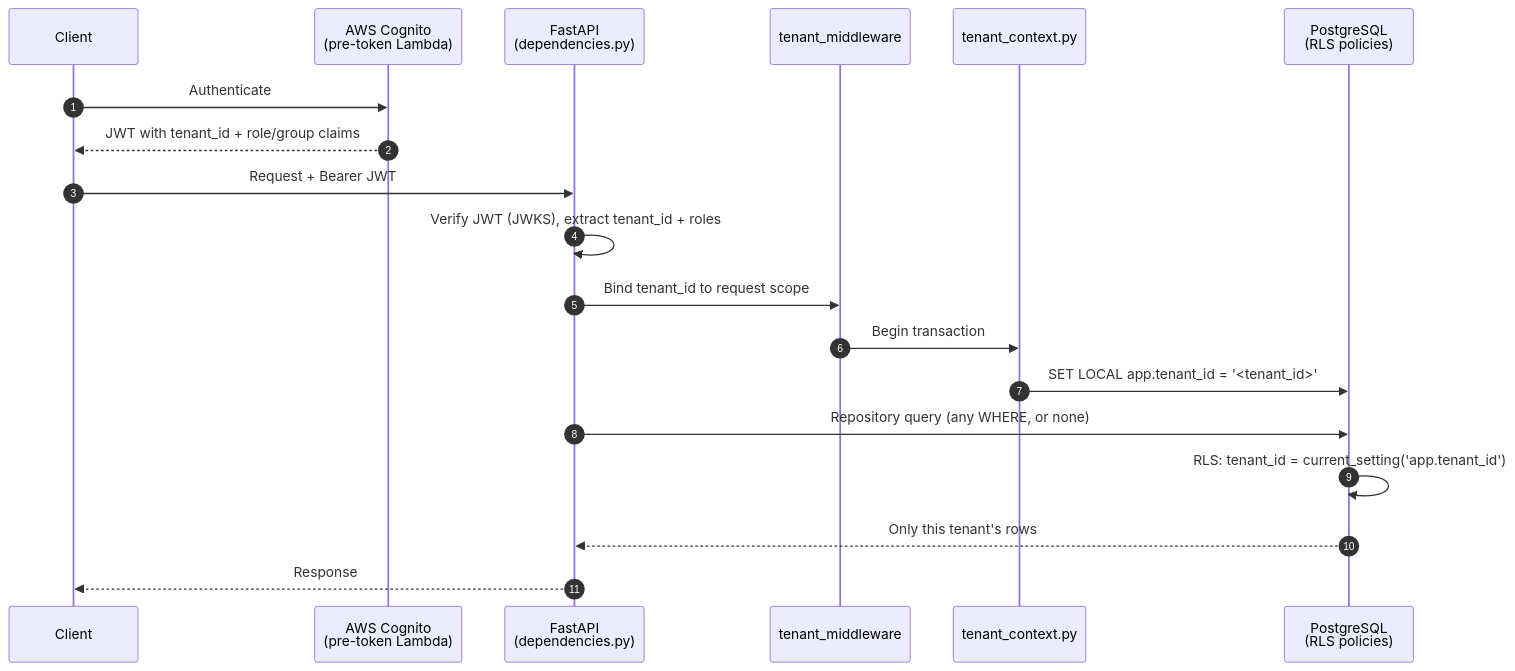
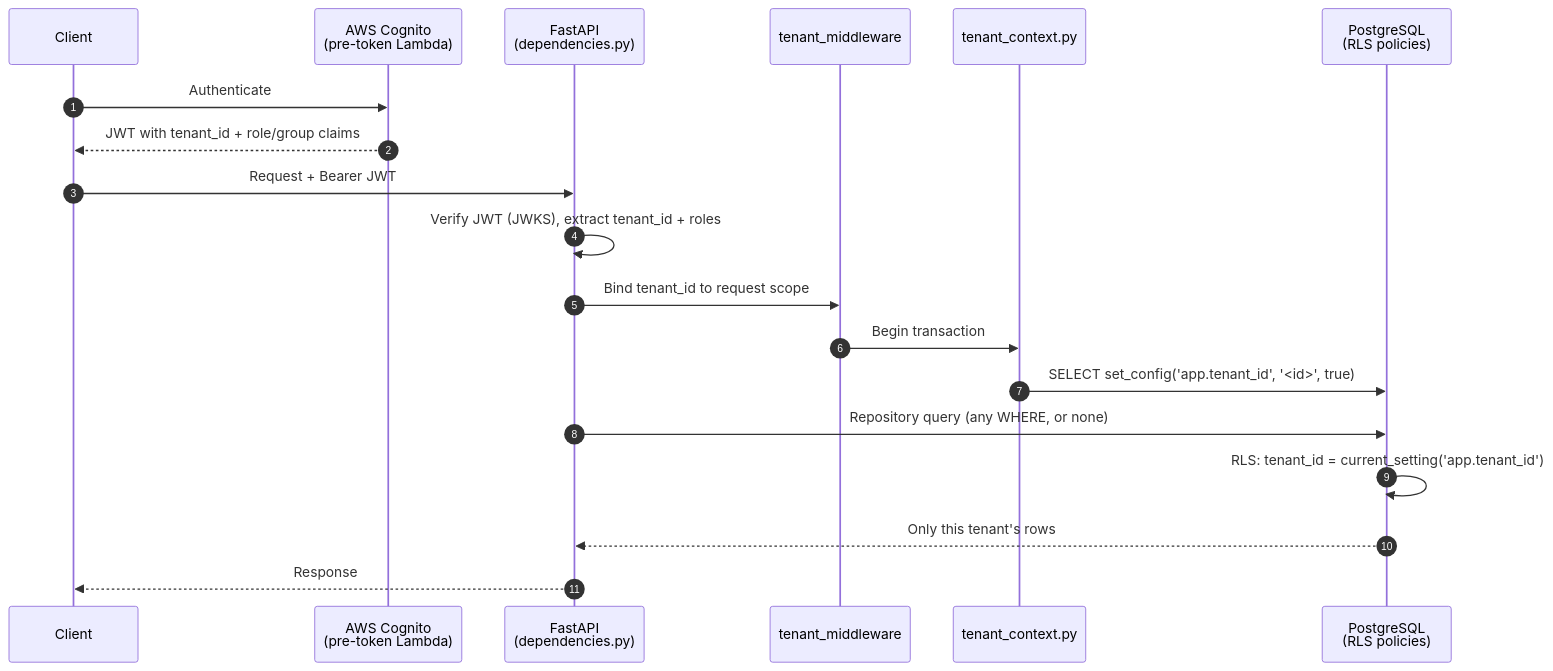
One commit to cjgalvisc96/modular-monolithic-app changed the diagram in docs/architecture/multi-tenancy.md. Above: the diagram before and after it, drawn with Mermaid. The commit also changed other lines of this file and 7 other files, not shown here.

````diff
--- a/docs/architecture/multi-tenancy.md
+++ b/docs/architecture/multi-tenancy.md
@@ -10,22 +10,22 @@
 ```mermaid
 sequenceDiagram
     autonumber
     participant Client
     participant Cognito as AWS Cognito<br/>(pre-token Lambda)
     participant API as FastAPI<br/>(dependencies.py)
     participant MW as tenant_middleware
     participant TX as tenant_context.py
     participant DB as PostgreSQL<br/>(RLS policies)
 
     Client->>Cognito: Authenticate
     Cognito-->>Client: JWT with tenant_id + role/group claims
     Client->>API: Request + Bearer JWT
     API->>API: Verify JWT (JWKS), extract tenant_id + roles
     API->>MW: Bind tenant_id to request scope
     MW->>TX: Begin transaction
-    TX->>DB: SET LOCAL app.tenant_id = '<tenant_id>'
+    TX->>DB: SELECT set_config('app.tenant_id', '<id>', true)
     API->>DB: Repository query (any WHERE, or none)
     DB->>DB: RLS: tenant_id = current_setting('app.tenant_id')
     DB-->>API: Only this tenant's rows
     API-->>Client: Response
 ```
````
